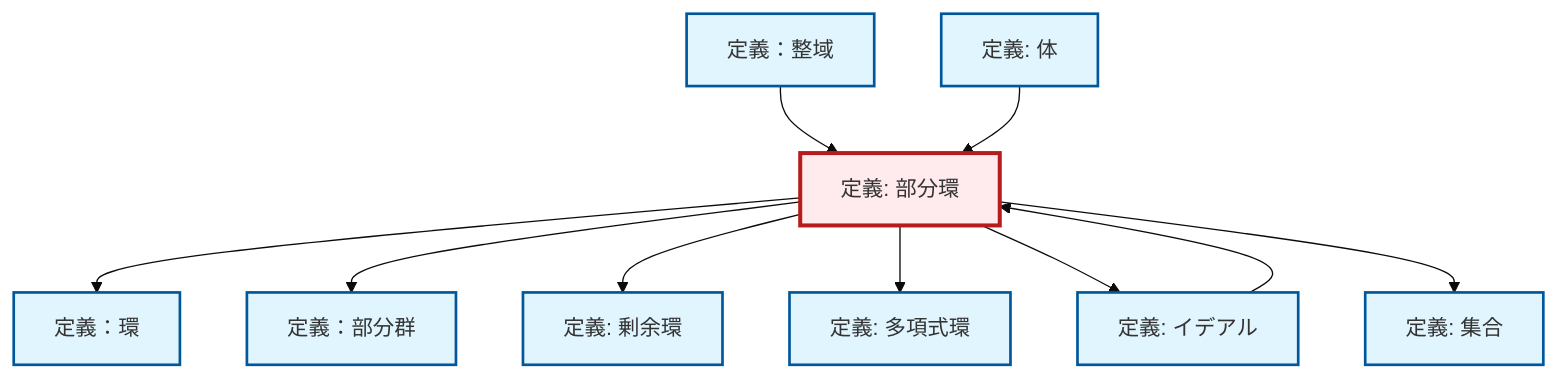
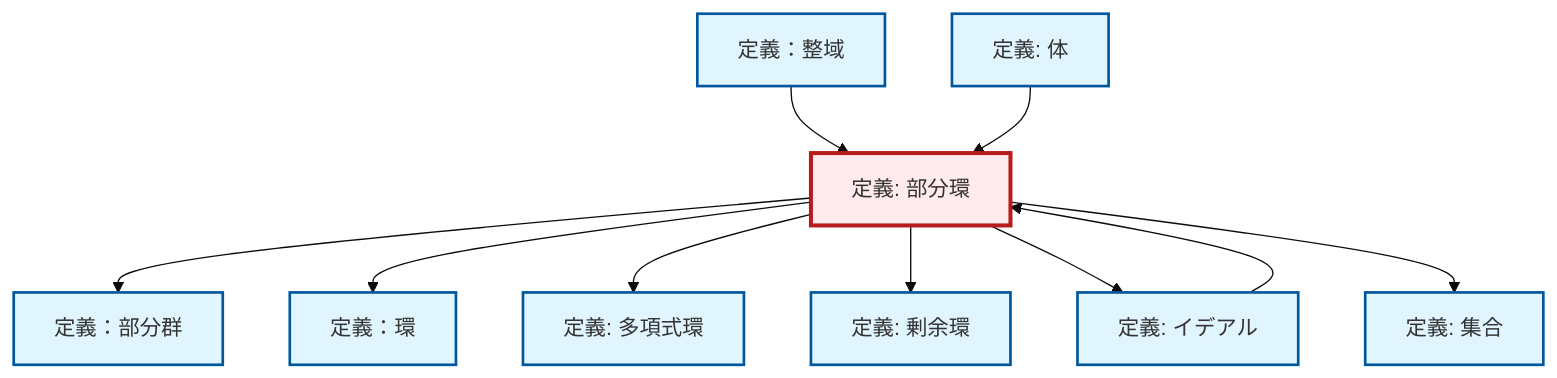
The diagram in content/ja/algebra/def-subring.qmd (RK0429/ModernMath), drawn with Mermaid (base theme) before and after one commit. The commit also changed other lines of this file and 328 other files, not shown here.

````diff
--- a/content/ja/algebra/def-subring.qmd
+++ b/content/ja/algebra/def-subring.qmd
@@ -85,36 +85,36 @@
 ```{mermaid}
 %%| fig-cap: "ローカル依存関係グラフ"
 graph TD
     classDef definition fill:#e1f5fe,stroke:#01579b,stroke-width:2px
     classDef theorem fill:#f3e5f5,stroke:#4a148c,stroke-width:2px
     classDef axiom fill:#fff3e0,stroke:#e65100,stroke-width:2px
     classDef example fill:#e8f5e9,stroke:#1b5e20,stroke-width:2px
     classDef current fill:#ffebee,stroke:#b71c1c,stroke-width:3px
-    def-set["定義: 集合"]:::definition
-    def-subgroup["定義：部分群"]:::definition
-    def-subring["定義: 部分環"]:::definition
     def-integral-domain["定義：整域"]:::definition
-    def-polynomial-ring["定義: 多項式環"]:::definition
-    def-ring["定義：環"]:::definition
     def-ideal["定義: イデアル"]:::definition
     def-field["定義: 体"]:::definition
+    def-ring["定義：環"]:::definition
+    def-subgroup["定義：部分群"]:::definition
+    def-set["定義: 集合"]:::definition
     def-quotient-ring["定義: 剰余環"]:::definition
+    def-subring["定義: 部分環"]:::definition
+    def-polynomial-ring["定義: 多項式環"]:::definition
+    def-subring --> def-subgroup
+    def-subring --> def-ring
+    def-subring --> def-polynomial-ring
+    def-subring --> def-quotient-ring
     def-integral-domain --> def-subring
-    def-subring --> def-ring
-    def-subring --> def-subgroup
-    def-subring --> def-quotient-ring
-    def-subring --> def-polynomial-ring
     def-subring --> def-ideal
+    def-ideal --> def-subring
     def-field --> def-subring
     def-subring --> def-set
-    def-ideal --> def-subring
     class def-subring current
-    click def-set "def-set.html" "集合の定義へ"
-    click def-subgroup "def-subgroup.html" "定義：部分群へ"
     click def-integral-domain "def-integral-domain.html" "定義：整域へ"
-    click def-polynomial-ring "def-polynomial-ring.html" "多項式環の定義へ"
-    click def-ring "def-ring.html" "定義：環へ"
     click def-ideal "def-ideal.html" "イデアルの定義へ"
     click def-field "def-field.html" "体の定義へ"
+    click def-ring "def-ring.html" "定義：環へ"
+    click def-subgroup "def-subgroup.html" "定義：部分群へ"
+    click def-set "def-set.html" "集合の定義へ"
     click def-quotient-ring "def-quotient-ring.html" "剰余環の定義へ"
+    click def-polynomial-ring "def-polynomial-ring.html" "多項式環の定義へ"
 ```
````
